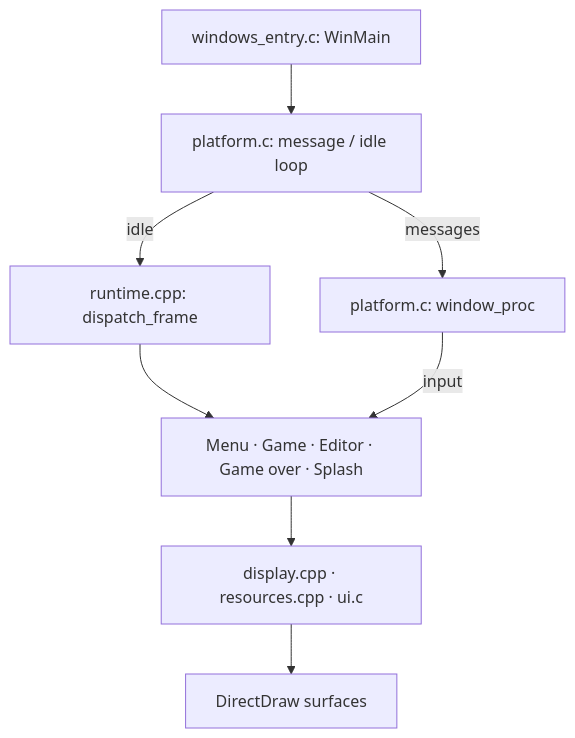
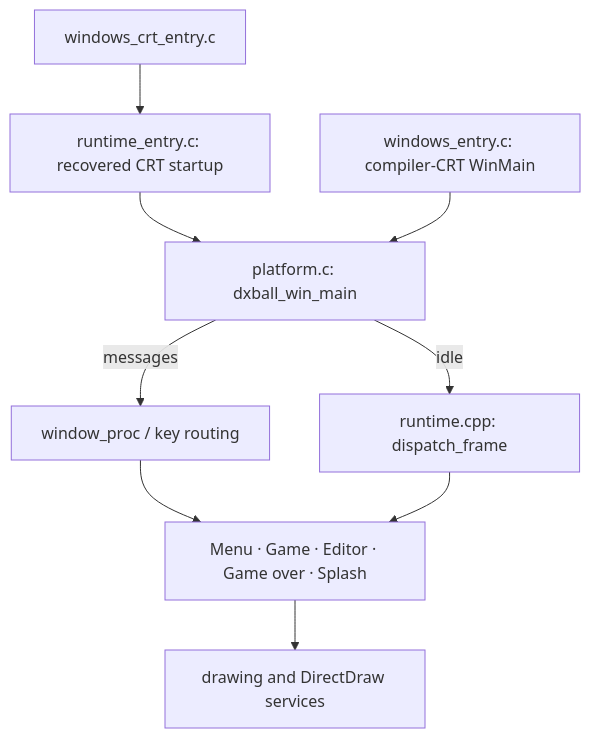
One commit to N0zoM1z0/dx-ball changed the diagram in docs/ARCHITECTURE.md. Above: the diagram before and after it, drawn with Mermaid. The commit also changed other lines of this file and 34 other files, not shown here.

````diff
--- a/docs/ARCHITECTURE.md
+++ b/docs/ARCHITECTURE.md
@@ -15,10 +20,11 @@
 ```mermaid
 flowchart TD
-    Entry["windows_entry.c: WinMain"] --> Loop["platform.c: message / idle loop"]
+    Restored["windows_crt_entry.c"] --> CRT["runtime_entry.c: recovered CRT startup"]
+    CRT --> Loop["platform.c: dxball_win_main"]
+    Compiler["windows_entry.c: compiler-CRT WinMain"] --> Loop
+    Loop -->|messages| Input["window_proc / key routing"]
     Loop -->|idle| Dispatch["runtime.cpp: dispatch_frame"]
-    Loop -->|messages| Input["platform.c: window_proc"]
-    Dispatch --> Modes["Menu · Game · Editor · Game over · Splash"]
-    Input -->|input| Modes
-    Modes --> Draw["display.cpp · resources.cpp · ui.c"]
-    Draw --> Surfaces["DirectDraw surfaces"]
+    Input --> Modes["Menu · Game · Editor · Game over · Splash"]
+    Dispatch --> Modes
+    Modes --> Render["drawing and DirectDraw services"]
 ```
````
